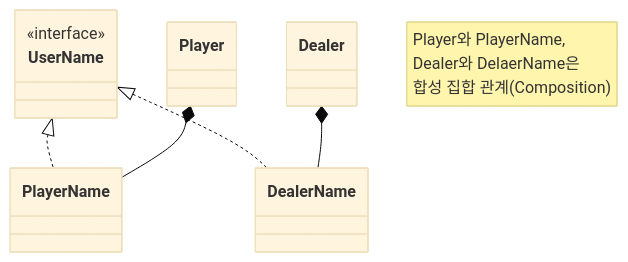
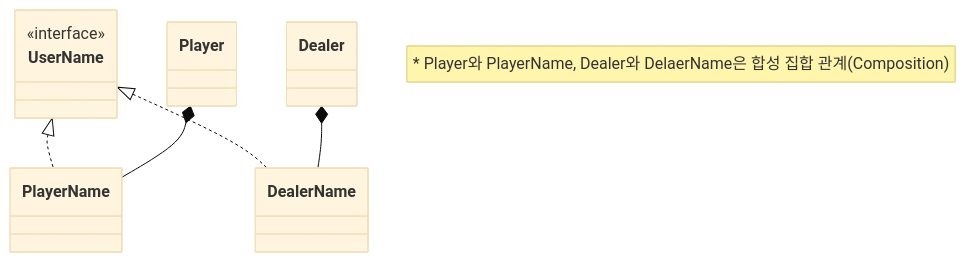
One commit to woowacourse/java-blackjack changed the third of 3 diagrams in README.md. Above: the diagram before and after it, drawn with Mermaid (base theme). The commit also changed other lines of this file and 5 other files, not shown here.

````diff
--- a/README.md
+++ b/README.md
@@ -41,11 +41,11 @@
 ```mermaid
 classDiagram
-    note "Player와 PlayerName,
+    note "* Player와 PlayerName,
     Dealer와 DelaerName은
     합성 집합 관계(Composition)"
     UserName <|.. PlayerName
     UserName <|.. DealerName
     Player *-- PlayerName
     Dealer *-- DealerName
     <<interface>> UserName
 ```
````
